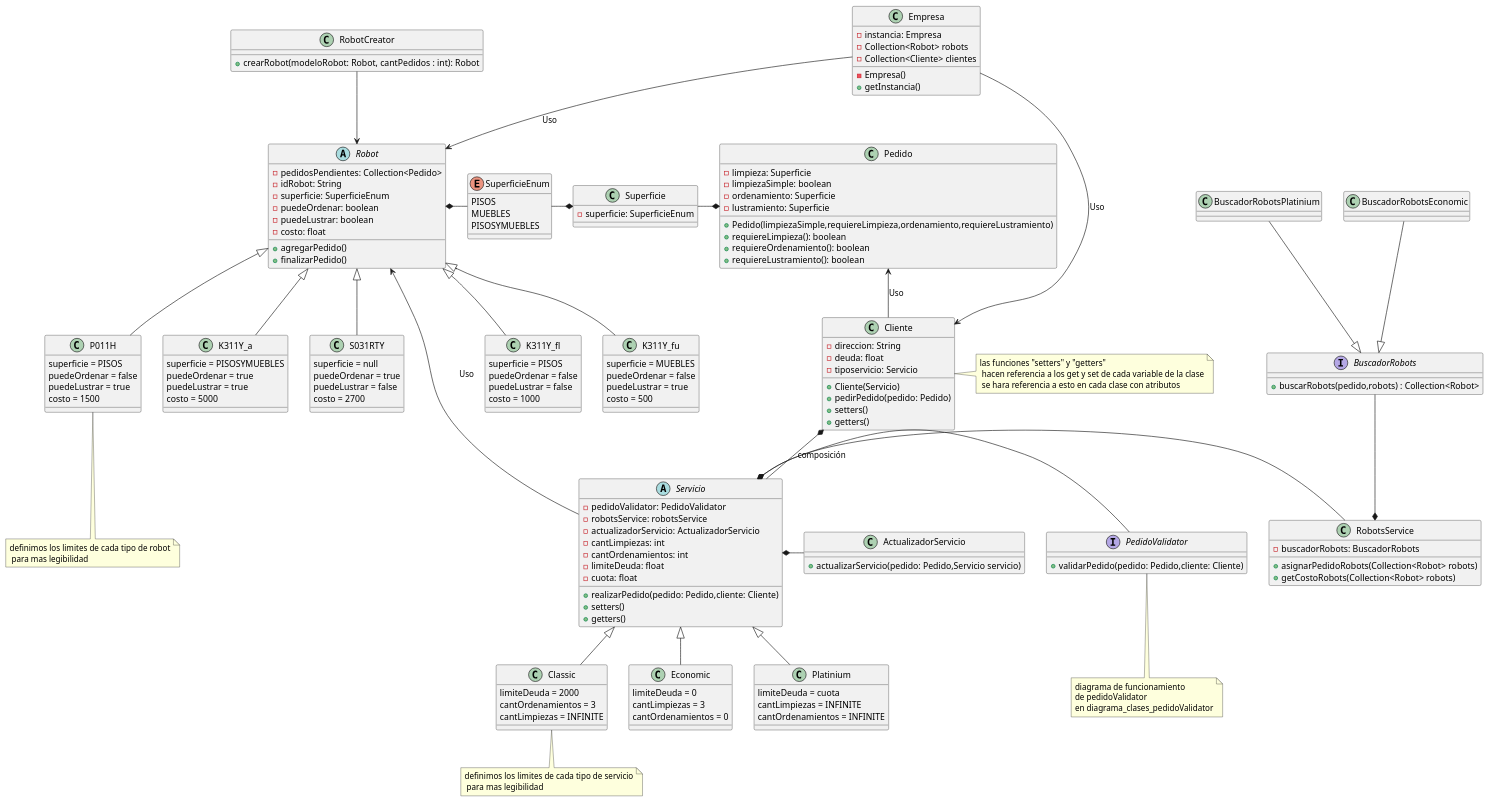
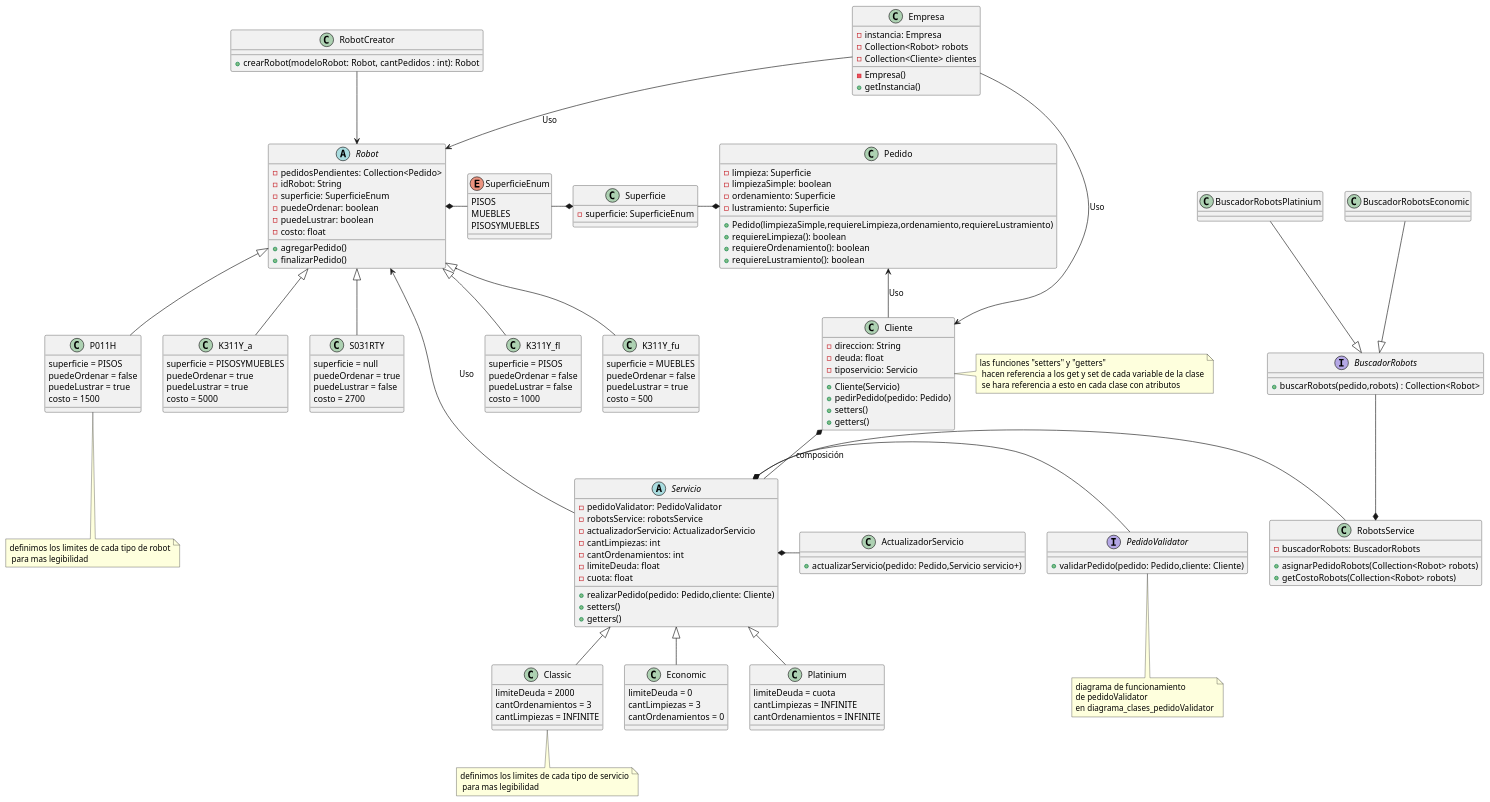
One commit to bacarvalho/TrabajoPractico changed the diagram in src/main/java/com/grupo4/trabajo/Diagramas/diagrama_clases.puml. Above: the diagram before and after it, drawn with PlantUML. The commit also changed 6 other files, not shown here.

```diff
--- a/src/main/java/com/grupo4/trabajo/Diagramas/diagrama_clases.puml
+++ b/src/main/java/com/grupo4/trabajo/Diagramas/diagrama_clases.puml
@@ -1,191 +1,191 @@
 @startuml
 'https://plantuml.com/class-diagram
 
 
 class Cliente{
 -direccion: String
 -deuda: float
 -tiposervicio: Servicio
 
 +Cliente(Servicio)
 +pedirPedido(pedido: Pedido)
 +setters()
 +getters()
 }
 
 class Empresa{
 -instancia: Empresa
 -Collection<Robot> robots
 -Collection<Cliente> clientes
 
 -Empresa()
 +getInstancia()
 }
 
 
 abstract class Servicio{
 - pedidoValidator: PedidoValidator
 - robotsService: robotsService
 - actualizadorServicio: ActualizadorServicio
 - cantLimpiezas: int
 - cantOrdenamientos: int
 - limiteDeuda: float
 -cuota: float
 
 +realizarPedido(pedido: Pedido,cliente: Cliente)
 +setters()
 +getters()
 }
 
 abstract class Robot{
 - pedidosPendientes: Collection<Pedido>
 - idRobot: String
 - superficie: SuperficieEnum
 - puedeOrdenar: boolean
 - puedeLustrar: boolean
 - costo: float
 
 +agregarPedido()
 +finalizarPedido()
 }
 
 class K311Y_fl{
  superficie = PISOS
  puedeOrdenar = false
  puedeLustrar = false
  costo = 1000
 }
 class K311Y_fu{
 superficie = MUEBLES
  puedeOrdenar = false
  puedeLustrar = true
  costo = 500
 }
 class P011H{
 superficie = PISOS
  puedeOrdenar = false
  puedeLustrar = true
  costo = 1500
 }
 class K311Y_a{
  superficie = PISOSYMUEBLES
  puedeOrdenar = true
  puedeLustrar = true
  costo = 5000
 }
 class S031RTY{
 superficie = null
  puedeOrdenar = true
  puedeLustrar = false
  costo = 2700
 }
 
 class ActualizadorServicio{
-+actualizarServicio(pedido: Pedido,Servicio servicio)
++actualizarServicio(pedido: Pedido,Servicio servicio+)
 }
 
 class Platinium{
 limiteDeuda = cuota
 cantLimpiezas = INFINITE
 cantOrdenamientos = INFINITE
 }
 class Classic{
 limiteDeuda = 2000
 cantOrdenamientos = 3
 cantLimpiezas = INFINITE
 }
 
 class Economic{
 limiteDeuda = 0
 cantLimpiezas = 3
 cantOrdenamientos = 0
 }
 
 class RobotCreator{
     +crearRobot(modeloRobot: Robot, cantPedidos : int): Robot
 }
 
 
 class RobotsService{
     -buscadorRobots: BuscadorRobots
     +asignarPedidoRobots(Collection<Robot> robots)
     +getCostoRobots(Collection<Robot> robots)
 }
 
 interface BuscadorRobots{
 +buscarRobots(pedido,robots) : Collection<Robot>
 }
 
 class BuscadorRobotsEconomic{
 
 }
 
 class BuscadorRobotsPlatinium{
 }
 
 class Pedido{
 - limpieza: Superficie
 - limpiezaSimple: boolean
 - ordenamiento: Superficie
 - lustramiento: Superficie
 
 +Pedido(limpiezaSimple,requiereLimpieza,ordenamiento,requiereLustramiento)
 +requiereLimpieza(): boolean
 +requiereOrdenamiento(): boolean
 +requiereLustramiento(): boolean
 }
 
 enum SuperficieEnum{
 PISOS
 MUEBLES
 PISOSYMUEBLES
 }
 
 class Superficie{
 - superficie: SuperficieEnum
 }
 
 Robot <|-- K311Y_fl
 Robot <|-- K311Y_fu
 Robot <|-- P011H
 Robot <|-- K311Y_a
 Robot <|-- S031RTY
 
 Servicio <|-- Platinium
 Servicio <|-- Classic
 Servicio <|-- Economic
 
 interface PedidoValidator{
 +validarPedido(pedido: Pedido,cliente: Cliente)
 }
 
 Robot <-- Servicio : Uso
 PedidoValidator -left-* Servicio
 ActualizadorServicio -left-* Servicio
 RobotsService -left-* Servicio
 Pedido <--  Cliente : Uso
 
 RobotCreator --> Robot
 RobotsService *-up- BuscadorRobots
 BuscadorRobots <|-up- BuscadorRobotsEconomic
 BuscadorRobots <|-up- BuscadorRobotsPlatinium
 
 Cliente <-up- Empresa  : Uso
 
 Robot <-up-  Empresa : Uso
 
 Cliente *--  Servicio : composición
 
 Superficie *-left- SuperficieEnum
 Robot *-right- SuperficieEnum
 Pedido *-left- Superficie
 
 note bottom of Classic : definimos los limites de cada tipo de servicio\n para mas legibilidad
 note bottom of P011H : definimos los limites de cada tipo de robot\n para mas legibilidad
 note right of Cliente : las funciones "setters" y "getters" \n hacen referencia a los get y set de cada variable de la clase\n se hara referencia a esto en cada clase con atributos
 note bottom of PedidoValidator
 diagrama de funcionamiento
 de pedidoValidator
 en diagrama_clases_pedidoValidator
 end note
 @enduml
```
